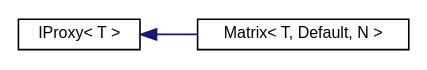
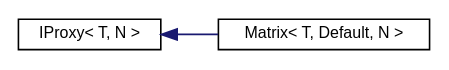
One commit to tantskii/matrix changed the diagram in inherit_graph_1.dot. Above: the diagram before and after it, drawn with Graphviz. The commit also changed 95 other files, not shown here.

```diff
--- a/inherit_graph_1.dot
+++ b/inherit_graph_1.dot
@@ -1,9 +1,9 @@
 digraph "Иерархия классов. Графический вид."
 {
   edge [fontname="Helvetica",fontsize="10",labelfontname="Helvetica",labelfontsize="10"];
   node [fontname="Helvetica",fontsize="10",shape=record];
   rankdir="LR";
-  Node1 [label="IProxy\< T \>",height=0.2,width=0.4,color="black", fillcolor="white", style="filled",URL="$class_i_proxy.html"];
+  Node1 [label="IProxy\< T, N \>",height=0.2,width=0.4,color="black", fillcolor="white", style="filled",URL="$class_i_proxy.html"];
   Node1 -> Node2 [dir="back",color="midnightblue",fontsize="10",style="solid",fontname="Helvetica"];
   Node2 [label="Matrix\< T, Default, N \>",height=0.2,width=0.4,color="black", fillcolor="white", style="filled",URL="$class_matrix.html",tooltip="Целевой класс, реализующий бесконечную n-мерную разреженную матрицу "];
 }
```
